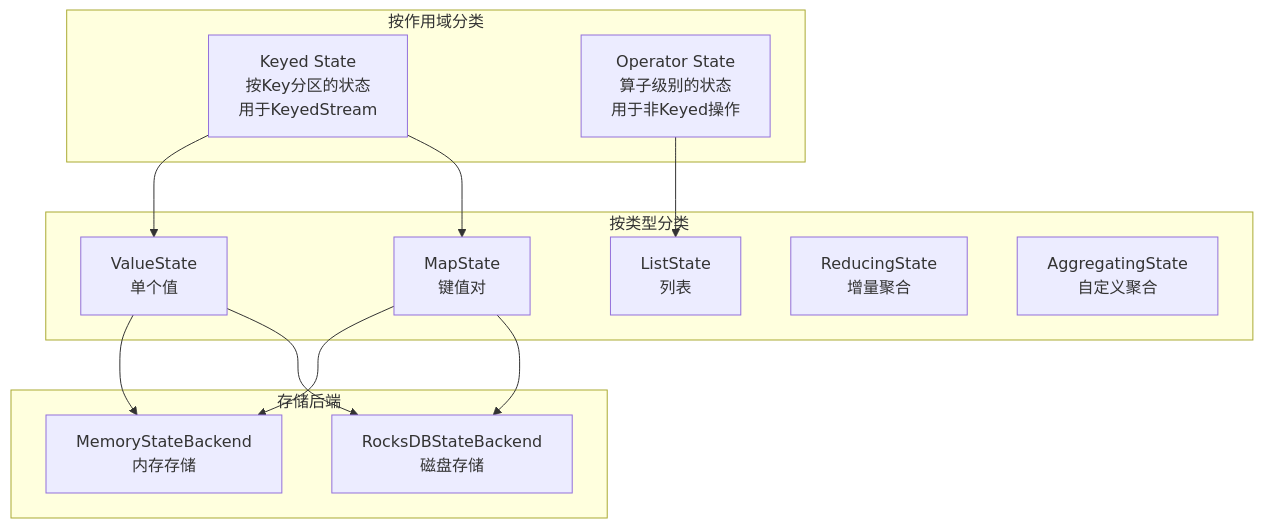
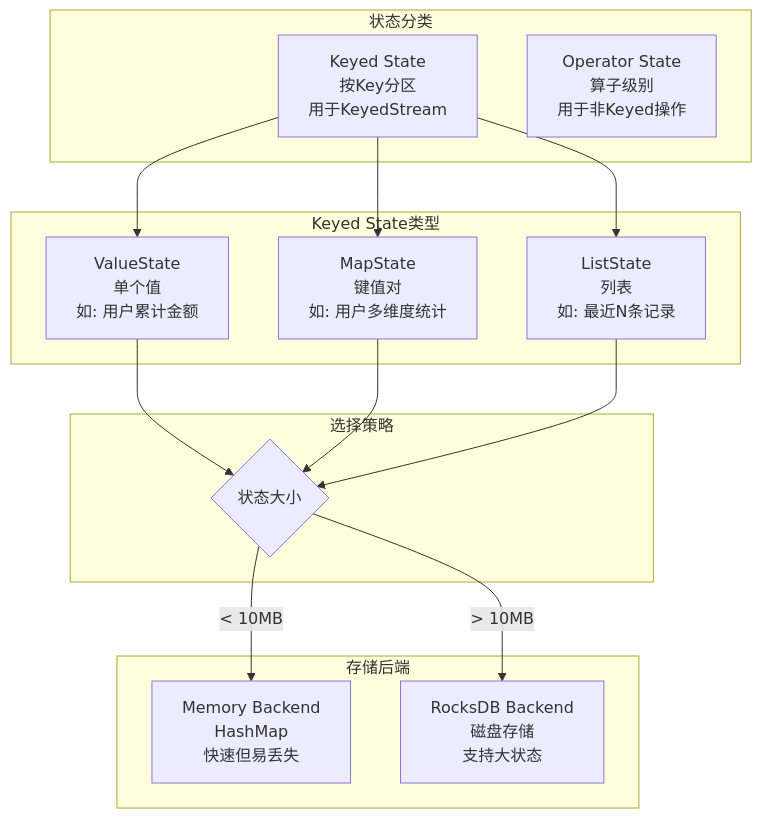
Before and after one commit to 312268112/advanced-java: diagram 11 of 23 in pipeline-framework-design.md, drawn with Mermaid. The commit also changed other lines of this file, not shown here.

````diff
--- a/pipeline-framework-design.md
+++ b/pipeline-framework-design.md
@@ -1288,29 +625,32 @@
 ```mermaid
 graph TB
-    subgraph "按作用域分类"
-        KeyedState[Keyed State<br/>按Key分区的状态<br/>用于KeyedStream]
-        OperatorState[Operator State<br/>算子级别的状态<br/>用于非Keyed操作]
+    subgraph "状态分类"
+        KeyedState[Keyed State<br/>按Key分区<br/>用于KeyedStream]
+        OperatorState[Operator State<br/>算子级别<br/>用于非Keyed操作]
     end
     
-    subgraph "按类型分类"
-        ValueState[ValueState<br/>单个值]
-        ListState[ListState<br/>列表]
-        MapState[MapState<br/>键值对]
-        ReducingState[ReducingState<br/>增量聚合]
-        AggregatingState[AggregatingState<br/>自定义聚合]
+    subgraph "Keyed State类型"
+        ValueState[ValueState<br/>单个值<br/>如: 用户累计金额]
+        MapState[MapState<br/>键值对<br/>如: 用户多维度统计]
+        ListState[ListState<br/>列表<br/>如: 最近N条记录]
     end
     
     subgraph "存储后端"
-        Memory[MemoryStateBackend<br/>内存存储]
-        RocksDB[RocksDBStateBackend<br/>磁盘存储]
+        Memory[Memory Backend<br/>HashMap<br/>快速但易丢失]
+        RocksDB[RocksDB Backend<br/>磁盘存储<br/>支持大状态]
+    end
+    
+    subgraph "选择策略"
+        Decision{状态大小}
+        Decision -->|< 10MB| Memory
+        Decision -->|> 10MB| RocksDB
     end
     
     KeyedState --> ValueState
     KeyedState --> MapState
-    OperatorState --> ListState
+    KeyedState --> ListState
     
-    ValueState --> Memory
-    ValueState --> RocksDB
-    MapState --> Memory
-    MapState --> RocksDB
+    ValueState --> Decision
+    MapState --> Decision
+    ListState --> Decision
 ```
````
